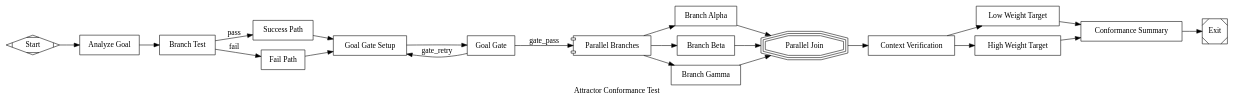
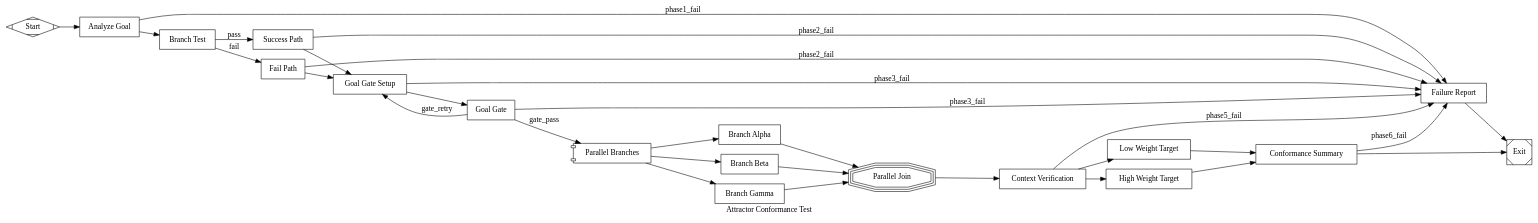
One commit to 2389-research/mammoth changed the diagram in examples/conformance_test.dot. Above: the diagram before and after it, drawn with Graphviz. The commit also changed 1 other file, not shown here.

Commit message:
fix(examples): tighten conformance test prompts and bump pipeline timeout
- Add "Do not use any tools" to all conformance node prompts to prevent
  the Claude Code agent from exploring the filesystem instead of just
  confirming pipeline routing
- Add fail edges from every codergen node to a FailSink for graceful
  failure reporting
- Make pipeline timeout configurable via graph-level `timeout` attribute,
  default 30 minutes (up from 10)
- Pipeline now passes 15/15 nodes with zero retries

```diff
--- a/examples/conformance_test.dot
+++ b/examples/conformance_test.dot
@@ -1,163 +1,173 @@
 // ABOUTME: Attractor-independent conformance test pipeline.
 // ABOUTME: Exercises core spec features: linear flow, branching, goal gates, retry, parallel, and context.
 digraph ConformanceTest {
   graph [
     goal="Verify attractor implementation handles core spec features correctly.",
     label="Attractor Conformance Test",
     rankdir=LR,
-    default_max_retry=2
+    default_max_retry=0
   ];
 
   // --- Entry / Exit ---
-  Start [shape=Mdiamond, label="Start"];
-  Exit  [shape=Msquare,  label="Exit"];
+  Start    [shape=Mdiamond, label="Start"];
+  Exit     [shape=Msquare,  label="Exit"];
+  FailSink [
+    shape=box,
+    label="Failure Report",
+    prompt="A conformance test phase failed. Summarize the failure from context. Do not read or modify any files. Return outcome=success."
+  ];
+  FailSink -> Exit;
 
   // ---------------------------------------------------------------
   // Phase 1 — Linear flow with variable expansion
   // Validates: start node routing, prompt attribute, $goal expansion,
   //            unconditional edges, chained edge syntax.
   // ---------------------------------------------------------------
   Analyze [
     shape=box,
     label="Analyze Goal",
-    prompt="You are a conformance test. The pipeline goal is: $goal. Acknowledge the goal and list the features it claims to verify. Return outcome=success."
+    prompt="You are a conformance test. The pipeline goal is: $goal. Acknowledge the goal briefly in one paragraph. Do not use any tools. Do not read or modify any files. Return outcome=success."
   ];
 
   Start -> Analyze;
+  Analyze -> Branch          [condition="outcome=success"];
+  Analyze -> FailSink        [condition="outcome=fail", label="phase1_fail"];
 
   // ---------------------------------------------------------------
   // Phase 2 — Conditional branching
   // Validates: condition expressions (outcome=success, outcome=fail),
   //            edge labels, deterministic edge selection.
   // ---------------------------------------------------------------
   Branch [
     shape=box,
     label="Branch Test",
-    prompt="Return outcome=success to proceed down the success path."
+    prompt="This is a conformance test for conditional branching. Do not use any tools. Do not read or modify any files. Simply return outcome=success."
   ];
 
   BranchSuccessTarget [
     shape=box,
     label="Success Path",
-    prompt="You reached the success path. Confirm that conditional routing worked correctly."
+    prompt="You reached the success path via conditional routing. Confirm in one sentence. Do not use any tools. Do not read or modify any files. Return outcome=success."
   ];
 
   BranchFailTarget [
     shape=box,
     label="Fail Path",
-    prompt="You reached the fail path. This should only happen if Branch returned outcome=fail."
+    prompt="You reached the fail path via conditional routing. Confirm in one sentence. Do not use any tools. Do not read or modify any files. Return outcome=success."
   ];
 
-  Analyze -> Branch;
   Branch -> BranchSuccessTarget [condition="outcome=success", label="pass"];
-  Branch -> BranchFailTarget   [condition="outcome=fail",    label="fail"];
+  Branch -> BranchFailTarget    [condition="outcome=fail",    label="fail"];
 
   // Both paths converge on the next phase.
-  BranchSuccessTarget -> GoalGateSetup;
-  BranchFailTarget    -> GoalGateSetup;
+  BranchSuccessTarget -> GoalGateSetup [condition="outcome=success"];
+  BranchSuccessTarget -> FailSink      [condition="outcome=fail", label="phase2_fail"];
+  BranchFailTarget    -> GoalGateSetup [condition="outcome=success"];
+  BranchFailTarget    -> FailSink      [condition="outcome=fail", label="phase2_fail"];
 
   // ---------------------------------------------------------------
   // Phase 3 — Goal gate with retry loop
   // Validates: goal_gate=true enforcement, retry_target routing,
   //            max_retries limit, outcome=retry edge.
   // ---------------------------------------------------------------
   GoalGateSetup [
     shape=box,
     label="Goal Gate Setup",
-    prompt="Prepare context for the goal gate test. Return outcome=success."
+    prompt="Prepare for the goal gate test. Do not use any tools. Do not read or modify any files. Return outcome=success."
   ];
 
   GoalGate [
     shape=box,
     label="Goal Gate",
     goal_gate=true,
     max_retries=1,
     retry_target="GoalGateSetup",
-    prompt="Evaluate whether all prior phases succeeded. If the pipeline has reached this point via normal flow, return outcome=success. If context indicates a retry, also return outcome=success."
+    prompt="This is a goal gate conformance test. Do not use any tools. Do not read or modify any files. Return outcome=success."
   ];
 
-  GoalGateSetup -> GoalGate;
-  GoalGate -> ParallelSetup      [condition="outcome=success", label="gate_pass"];
-  GoalGate -> GoalGateSetup      [condition="outcome=retry",   label="gate_retry"];
+  GoalGateSetup -> GoalGate   [condition="outcome=success"];
+  GoalGateSetup -> FailSink   [condition="outcome=fail", label="phase3_fail"];
+  GoalGate -> ParallelSetup   [condition="outcome=success", label="gate_pass"];
+  GoalGate -> GoalGateSetup   [condition="outcome=retry",   label="gate_retry"];
+  GoalGate -> FailSink        [condition="outcome=fail",     label="phase3_fail"];
 
   // ---------------------------------------------------------------
   // Phase 4 — Parallel fan-out / fan-in
   // Validates: component (fan-out) handler, tripleoctagon (fan-in)
   //            handler, concurrent branch execution, result merging.
   // ---------------------------------------------------------------
   ParallelSetup [shape=component, label="Parallel Branches"];
 
   BranchAlpha [
     shape=box,
     label="Branch Alpha",
-    prompt="You are branch Alpha of a parallel fan-out. Confirm you are running. Return outcome=success."
+    prompt="You are branch Alpha of a parallel fan-out. Confirm in one sentence. Do not use any tools. Do not read or modify any files. Return outcome=success."
   ];
 
   BranchBeta [
     shape=box,
     label="Branch Beta",
-    prompt="You are branch Beta of a parallel fan-out. Confirm you are running. Return outcome=success."
+    prompt="You are branch Beta of a parallel fan-out. Confirm in one sentence. Do not use any tools. Do not read or modify any files. Return outcome=success."
   ];
 
   BranchGamma [
     shape=box,
     label="Branch Gamma",
-    prompt="You are branch Gamma of a parallel fan-out. Confirm you are running. Return outcome=success."
+    prompt="You are branch Gamma of a parallel fan-out. Confirm in one sentence. Do not use any tools. Do not read or modify any files. Return outcome=success."
   ];
 
   ParallelJoin [shape=tripleoctagon, label="Parallel Join"];
 
   ParallelSetup -> BranchAlpha;
   ParallelSetup -> BranchBeta;
   ParallelSetup -> BranchGamma;
   BranchAlpha -> ParallelJoin;
   BranchBeta  -> ParallelJoin;
   BranchGamma -> ParallelJoin;
 
   // ---------------------------------------------------------------
   // Phase 5 — Context propagation and edge weight
   // Validates: context values flow downstream, weight-based edge
   //            selection among unconditional edges, max_retries
   //            attribute on individual nodes.
   // ---------------------------------------------------------------
   ContextCheck [
     shape=box,
     label="Context Verification",
     max_retries=0,
-    prompt="Verify that context from all three parallel branches (Alpha, Beta, Gamma) is available. Summarize what you can see in the context. Return outcome=success."
+    prompt="Verify that context from all three parallel branches (Alpha, Beta, Gamma) is available. Summarize briefly. Do not use any tools. Do not read or modify any files. Return outcome=success."
   ];
 
   WeightedA [
     shape=box,
     label="Low Weight Target",
-    prompt="You reached the low-weight edge target. Return outcome=success."
+    prompt="You reached the low-weight edge target. Confirm in one sentence. Do not use any tools. Do not read or modify any files. Return outcome=success."
   ];
 
   WeightedB [
     shape=box,
     label="High Weight Target",
-    prompt="You reached the high-weight edge target. This is the expected path. Return outcome=success."
+    prompt="You reached the high-weight edge target (expected path). Confirm in one sentence. Do not use any tools. Do not read or modify any files. Return outcome=success."
   ];
 
   ParallelJoin -> ContextCheck;
-
-  // Two unconditional edges with different weights. The engine should
-  // pick the higher weight edge (WeightedB).
-  ContextCheck -> WeightedA [weight=1];
-  ContextCheck -> WeightedB [weight=10];
+  ContextCheck -> WeightedA [condition="outcome=success", weight=1];
+  ContextCheck -> WeightedB [condition="outcome=success", weight=10];
+  ContextCheck -> FailSink  [condition="outcome=fail", label="phase5_fail"];
 
   // ---------------------------------------------------------------
   // Phase 6 — Final summary
   // Validates: multi-hop traversal, pipeline completion, exit node
   //            reached cleanly.
   // ---------------------------------------------------------------
   Summary [
     shape=box,
     label="Conformance Summary",
-    prompt="Summarize the conformance test results. The pipeline exercised: linear flow, $goal expansion, conditional branching, goal gates with retry, parallel fan-out/fan-in, context propagation, and weighted edge selection. Return outcome=success."
+    prompt="The conformance test exercised: linear flow, $goal expansion, conditional branching, goal gates with retry, parallel fan-out/fan-in, context propagation, and weighted edge selection. Summarize in one paragraph. Do not use any tools. Do not read or modify any files. Return outcome=success."
   ];
 
   WeightedA -> Summary;
   WeightedB -> Summary;
-  Summary   -> Exit;
+  Summary   -> Exit [condition="outcome=success"];
+  Summary   -> FailSink [condition="outcome=fail", label="phase6_fail"];
 }
```
